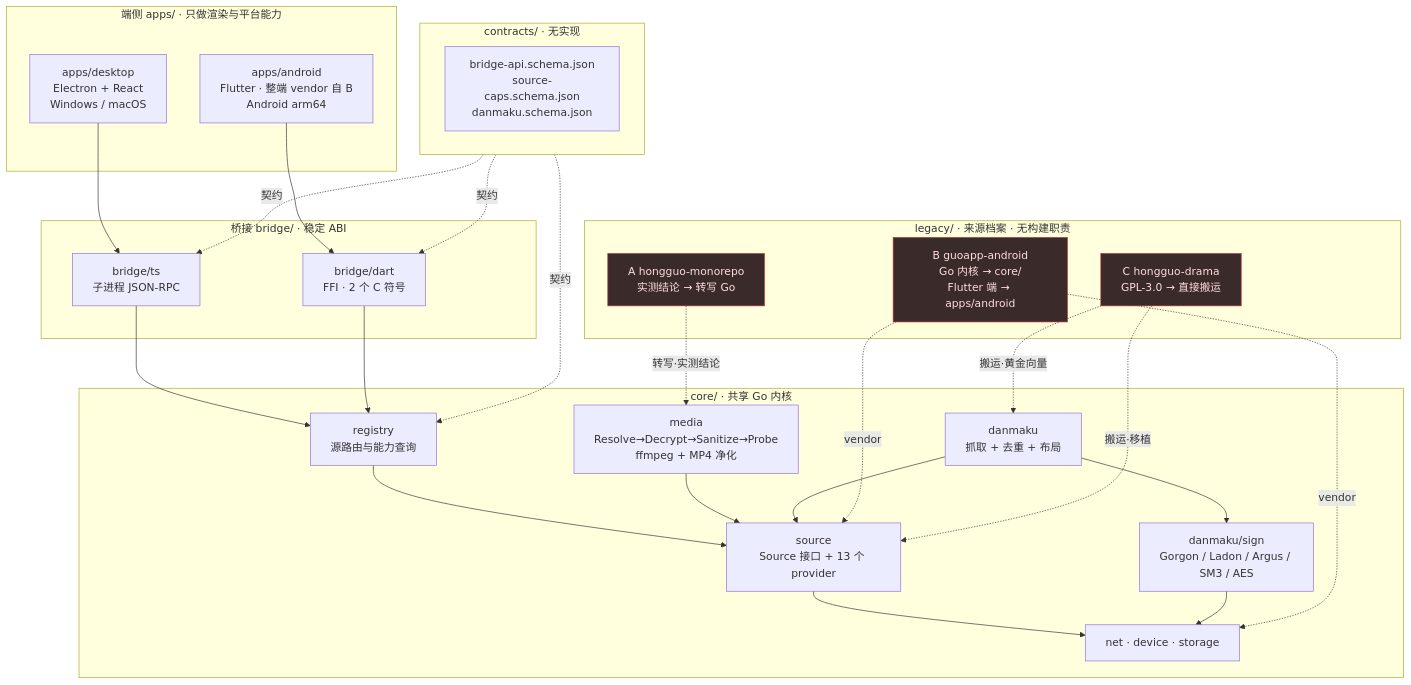
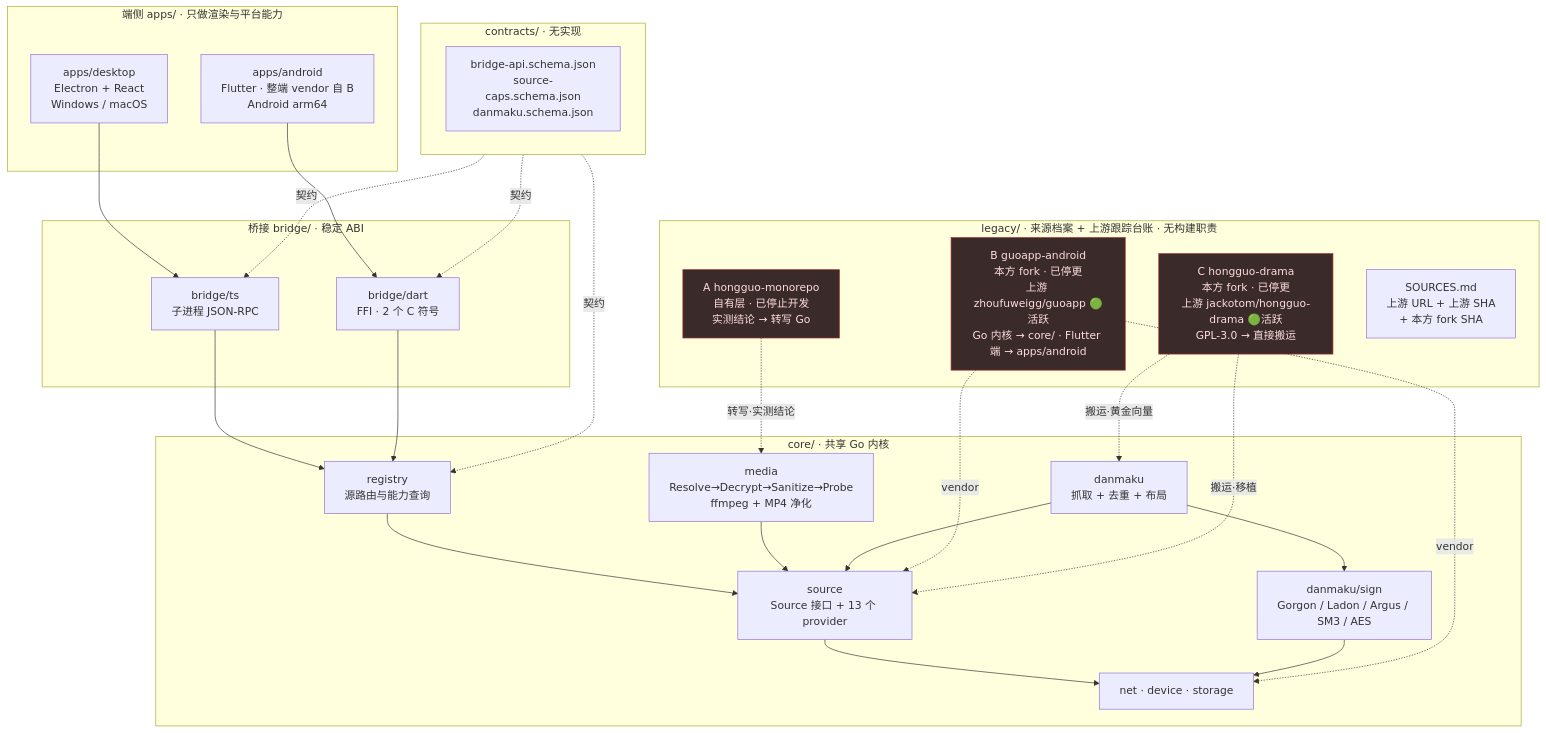
One commit to dawei233/hongguo-next changed the first of 4 diagrams in docs/ARCHITECTURE.md. Above: the diagram before and after it, drawn with Mermaid. The commit also changed other lines of this file and 3 other files, not shown here.

````diff
--- a/docs/ARCHITECTURE.md
+++ b/docs/ARCHITECTURE.md
@@ -202,55 +318,56 @@
 ```mermaid
 flowchart TB
     subgraph Edge["端侧 apps/ · 只做渲染与平台能力"]
         D["apps/desktop<br/>Electron + React<br/>Windows / macOS"]
         A["apps/android<br/>Flutter · 整端 vendor 自 B<br/>Android arm64"]
     end
 
     subgraph Bridge["桥接 bridge/ · 稳定 ABI"]
         JB["bridge/ts<br/>子进程 JSON-RPC"]
         FB["bridge/dart<br/>FFI · 2 个 C 符号"]
     end
 
     subgraph Core["core/ · 共享 Go 内核"]
         RG["registry<br/>源路由与能力查询"]
         SRC["source<br/>Source 接口 + 13 个 provider"]
         MED["media<br/>Resolve→Decrypt→Sanitize→Probe<br/>ffmpeg + MP4 净化"]
         DM["danmaku<br/>抓取 + 去重 + 布局"]
         SG["danmaku/sign<br/>Gorgon / Ladon / Argus / SM3 / AES"]
         NET["net · device · storage"]
     end
 
     subgraph Contract["contracts/ · 无实现"]
         CS["bridge-api.schema.json<br/>source-caps.schema.json<br/>danmaku.schema.json"]
     end
 
-    subgraph Legacy["legacy/ · 来源档案 · 无构建职责"]
-        LA["A hongguo-monorepo<br/>实测结论 → 转写 Go"]
-        LB["B guoapp-android<br/>Go 内核 → core/<br/>Flutter 端 → apps/android"]
-        LC["C hongguo-drama<br/>GPL-3.0 → 直接搬运"]
+    subgraph Legacy["legacy/ · 来源档案 + 上游跟踪台账 · 无构建职责"]
+        LA["A hongguo-monorepo<br/>自有层 · 已停止开发<br/>实测结论 → 转写 Go"]
+        LB["B guoapp-android<br/>本方 fork · 已停更<br/>上游 zhoufuweigg/guoapp 🟢活跃<br/>Go 内核 → core/ · Flutter 端 → apps/android"]
+        LC["C hongguo-drama<br/>本方 fork · 已停更<br/>上游 jackotom/hongguo-drama 🟢活跃<br/>GPL-3.0 → 直接搬运"]
+        LS["SOURCES.md<br/>上游 URL + 上游 SHA<br/>+ 本方 fork SHA"]
     end
 
     D --> JB
     A --> FB
     JB --> RG
     FB --> RG
     RG --> SRC
     SRC --> NET
     MED --> SRC
     DM --> SRC
     DM --> SG
     SG --> NET
 
     Contract -.契约.-> JB
     Contract -.契约.-> FB
     Contract -.契约.-> RG
 
     LA -.转写·实测结论.-> MED
     LB -.vendor.-> SRC
     LB -.vendor.-> NET
     LC -.搬运·移植.-> SRC
     LC -.搬运·黄金向量.-> DM
 
     classDef legacy fill:#3a2a2a,stroke:#a33,color:#fdd
     class LA,LB,LC legacy
 ```
````
